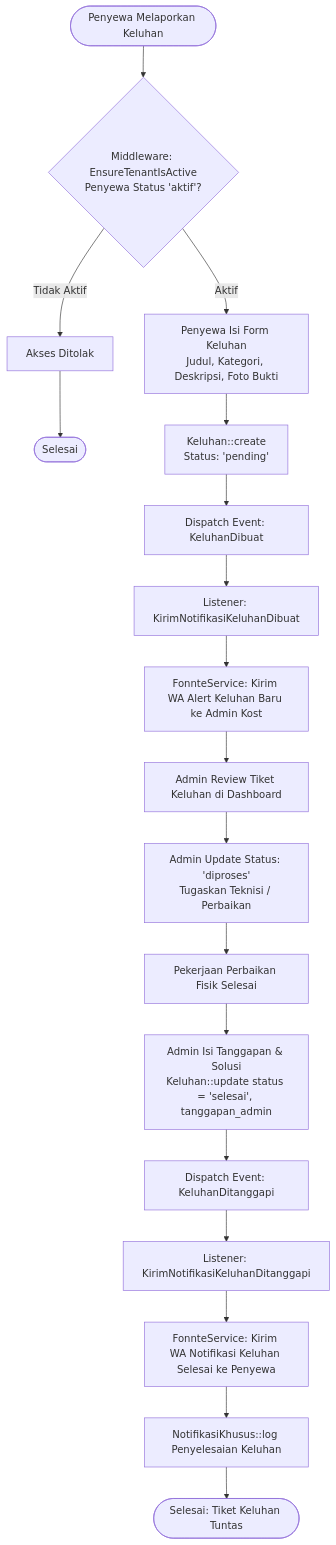
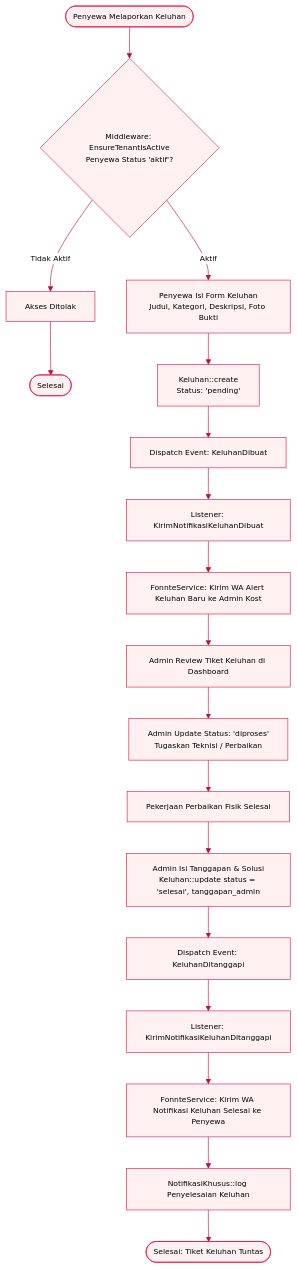
Before and after one commit to rafifarsyapradiva/asri-boarding-house: diagram 11 of 13 in Blueprint/Class_Diagram_Kost.md, drawn with Mermaid. The commit also changed other lines of this file and 28 other files, not shown here.

Commit message:
docs(class-diagram): finalisasi arsitektur objek, integrasi 21 model, eliminasi ghost classes & kompilasi 19 citra visual (v240.0)

````diff
--- a/Blueprint/Class_Diagram_Kost.md
+++ b/Blueprint/Class_Diagram_Kost.md
@@ -1069,26 +1541,40 @@
 ```mermaid
+%%{init: {
+  'theme': 'base',
+  'themeVariables': {
+    'primaryColor': '#FFF1F2',
+    'primaryTextColor': '#000000',
+    'primaryBorderColor': '#E11D48',
+    'lineColor': '#BE123C',
+    'secondaryColor': '#FFE4E6',
+    'tertiaryColor': '#FFFFFF',
+    'edgeLabelBackground': '#FFFFFF',
+    'fontSize': '12px',
+    'fontFamily': 'Inter, system-ui, sans-serif'
+  }
+}}%%
 flowchart TD
     Start([Penyewa Melaporkan Keluhan]) --> CheckActiveTenant{Middleware: EnsureTenantIsActive<br>Penyewa Status 'aktif'?}
     CheckActiveTenant -->|Tidak Aktif| RejectAccess[Akses Ditolak]
     RejectAccess --> EndAbort([Selesai])
     
     CheckActiveTenant -->|Aktif| FillComplaint[Penyewa Isi Form Keluhan<br>Judul, Kategori, Deskripsi, Foto Bukti]
     FillComplaint --> SaveComplaint[Keluhan::create<br>Status: 'pending']
     
     SaveComplaint --> DispatchCreateEvent[Dispatch Event: KeluhanDibuat]
     DispatchCreateEvent --> TriggerAdminNotif[Listener: KirimNotifikasiKeluhanDibuat]
     TriggerAdminNotif --> SendAdminWA[FonnteService: Kirim WA Alert Keluhan Baru ke Admin Kost]
     
     SendAdminWA --> AdminReview[Admin Review Tiket Keluhan di Dashboard]
     AdminReview --> ProcessComplaint[Admin Update Status: 'diproses'<br>Tugaskan Teknisi / Perbaikan]
     
     ProcessComplaint --> FinishWork[Pekerjaan Perbaikan Fisik Selesai]
     FinishWork --> AdminRespond[Admin Isi Tanggapan & Solusi<br>Keluhan::update status = 'selesai', tanggapan_admin]
     
     AdminRespond --> DispatchResponseEvent[Dispatch Event: KeluhanDitanggapi]
     DispatchResponseEvent --> TriggerTenantNotif[Listener: KirimNotifikasiKeluhanDitanggapi]
     TriggerTenantNotif --> SendTenantWA[FonnteService: Kirim WA Notifikasi Keluhan Selesai ke Penyewa]
     
     SendTenantWA --> AuditLog[NotifikasiKhusus::log Penyelesaian Keluhan]
     AuditLog --> EndOK([Selesai: Tiket Keluhan Tuntas])
 ```
````
